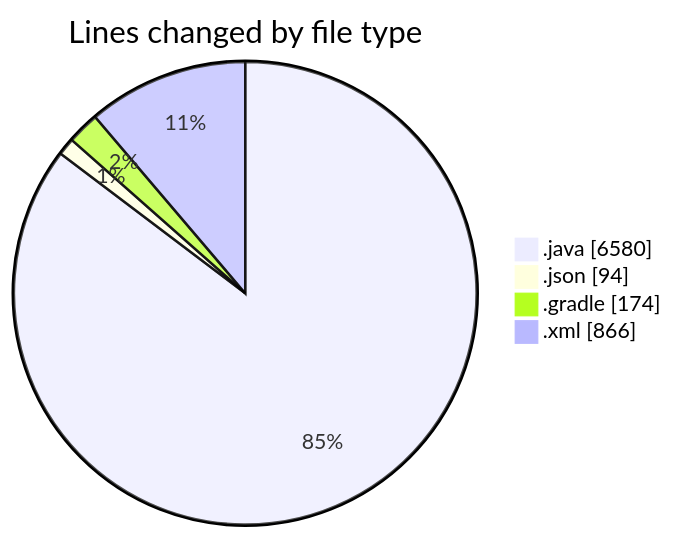
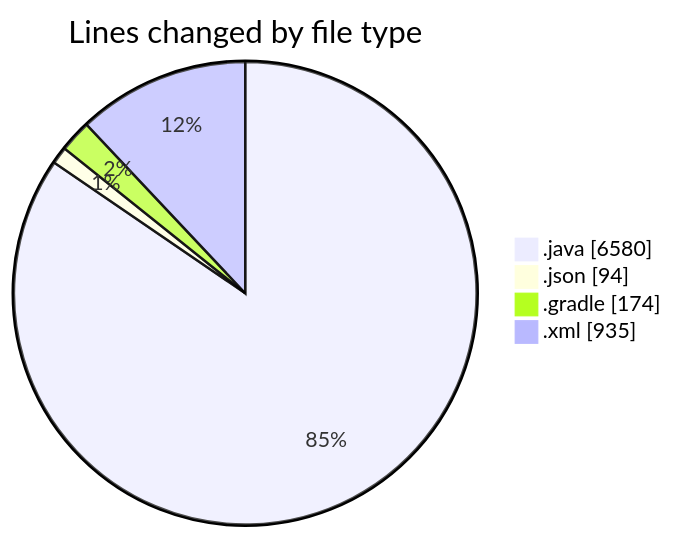
Before and after one commit to charlie-sans/code-tracking: the first of 2 diagrams in 2025-02-22/micros/README.md, drawn with Mermaid. The commit also changed other lines of this file and 1 other file, not shown here.

````diff
--- a/2025-02-22/micros/README.md
+++ b/2025-02-22/micros/README.md
@@ -63,8 +63,8 @@
 ```mermaid
 pie showData
 title Lines changed by file type
 ".java" : 6580
 ".json" : 94
 ".gradle" : 174
-".xml" : 866
+".xml" : 935
 ```
````
